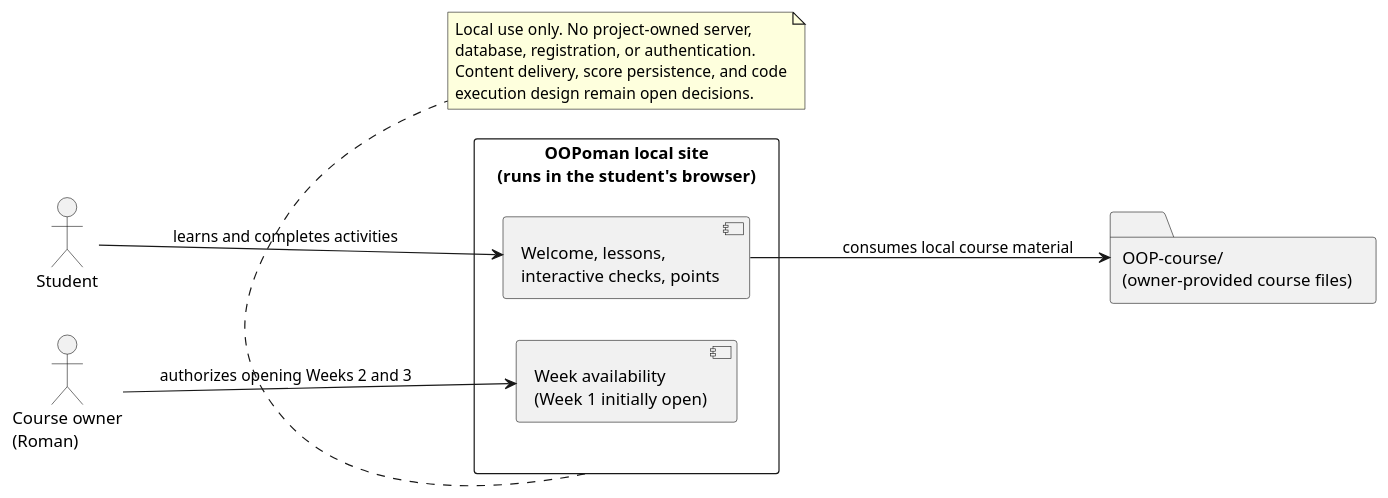
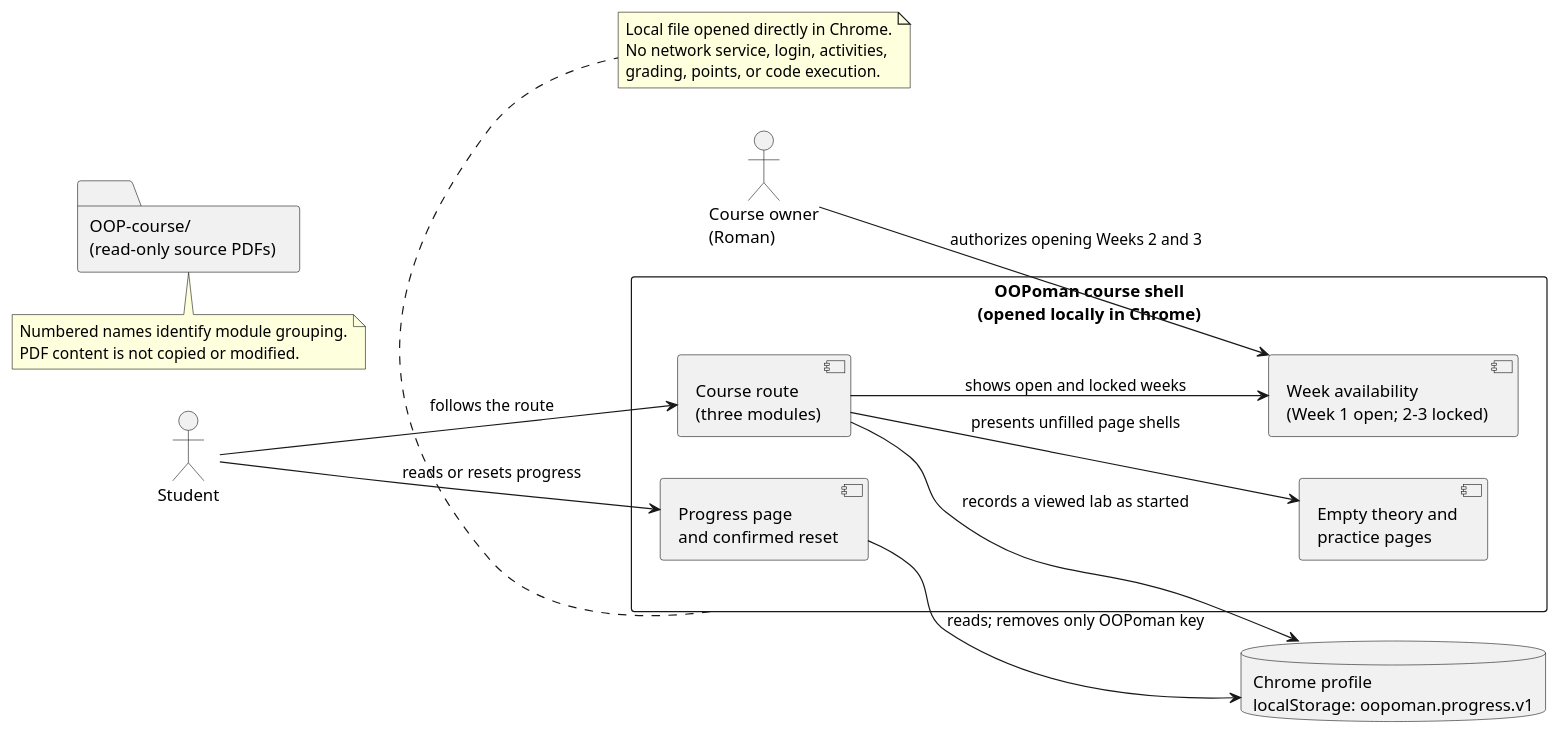
Before and after one commit to MeltedOperator/OOP_site: the diagram in architecture/context.puml, drawn with PlantUML. The commit also changed 7 other files, not shown here.

Commit message:
Add OOPoman course shell

```diff
--- a/architecture/context.puml
+++ b/architecture/context.puml
@@ -1,22 +1,33 @@
 @startuml OOPomanContext
 left to right direction
 
 actor Student
 actor "Course owner\n(Roman)" as Owner
-rectangle "OOPoman local site\n(runs in the student's browser)" as Site {
-  component "Welcome, lessons,\ninteractive checks, points" as CourseUI
-  component "Week availability\n(Week 1 initially open)" as Availability
+rectangle "OOPoman course shell\n(opened locally in Chrome)" as Site {
+  component "Course route\n(three modules)" as CourseUI
+  component "Week availability\n(Week 1 open; 2–3 locked)" as Availability
+  component "Empty theory and\npractice pages" as EmptyPages
+  component "Progress page\nand confirmed reset" as ProgressUI
 }
-folder "OOP-course/\n(owner-provided course files)" as Materials
+database "Chrome profile\nlocalStorage: oopoman.progress.v1" as Progress
+folder "OOP-course/\n(read-only source PDFs)" as Materials
 
-Student --> CourseUI : learns and completes activities
-CourseUI --> Materials : consumes local course material
+Student --> CourseUI : follows the route
+CourseUI --> Availability : shows open and locked weeks
+CourseUI --> EmptyPages : presents unfilled page shells
+Student --> ProgressUI : reads or resets progress
+ProgressUI --> Progress : reads; removes only OOPoman key
+CourseUI --> Progress : records a viewed lab as started
 Owner --> Availability : authorizes opening Weeks 2 and 3
 
 note bottom of Site
-  Local use only. No project-owned server,
-  database, registration, or authentication.
-  Content delivery, score persistence, and code
-  execution design remain open decisions.
+  Local file opened directly in Chrome.
+  No network service, login, activities,
+  grading, points, or code execution.
+end note
+
+note bottom of Materials
+  Numbered names identify module grouping.
+  PDF content is not copied or modified.
 end note
 @enduml
```
